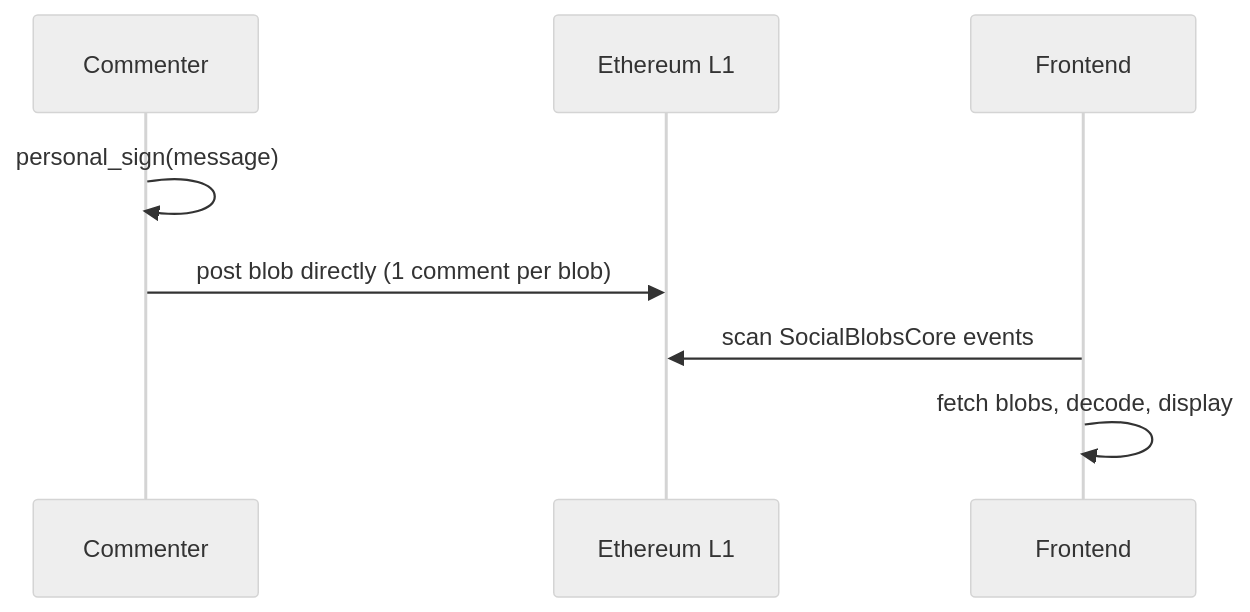
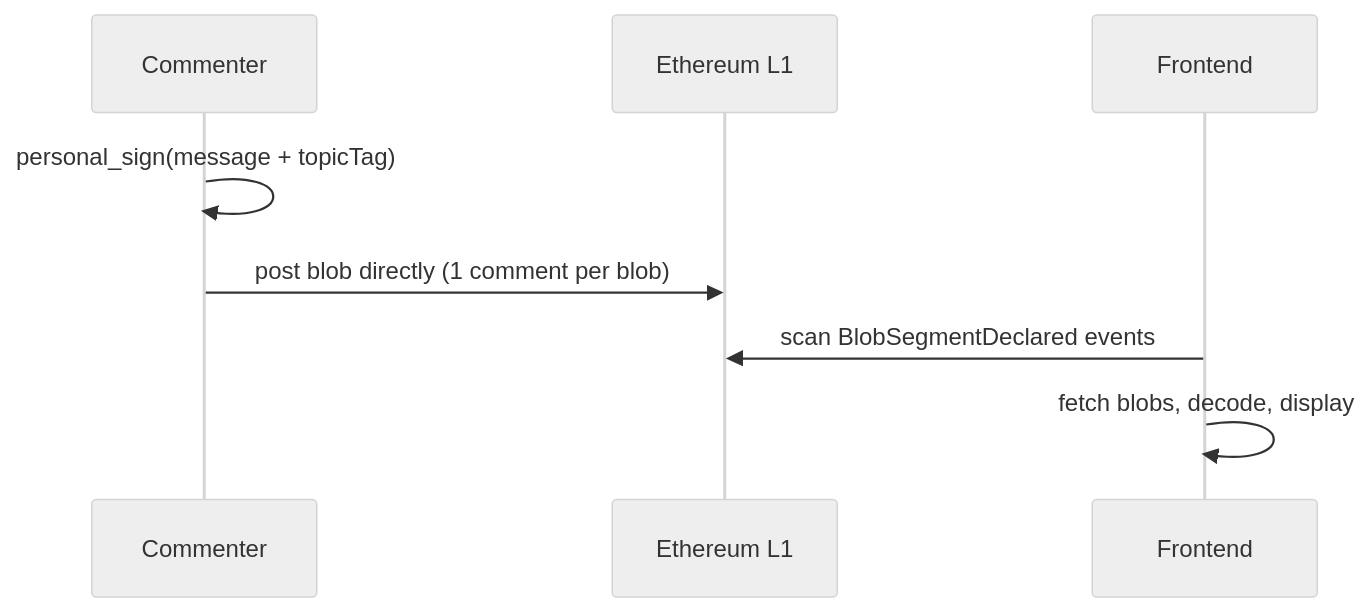
Before and after one commit to defi-wonderland/bam: the third of 3 diagrams in docs/design/comment-section.md, drawn with Mermaid (neutral theme). The commit also changed other lines of this file, not shown here.

````diff
--- a/docs/design/comment-section.md
+++ b/docs/design/comment-section.md
@@ -45,11 +45,11 @@
 ```mermaid
 sequenceDiagram
     participant C as Commenter
     participant L1 as Ethereum L1
     participant F as Frontend
 
-    C->>C: personal_sign(message)
+    C->>C: personal_sign(message + topicTag)
     C->>L1: post blob directly (1 comment per blob)
-    F->>L1: scan SocialBlobsCore events
+    F->>L1: scan BlobSegmentDeclared events
     F->>F: fetch blobs, decode, display
 ```
````
